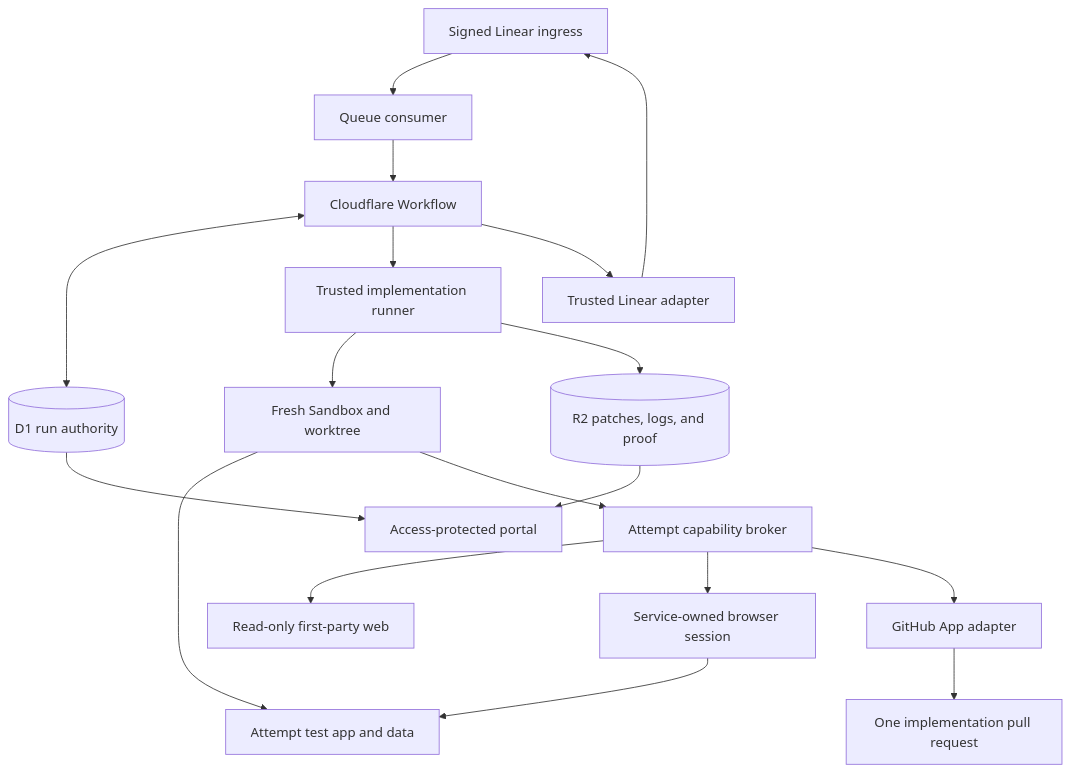
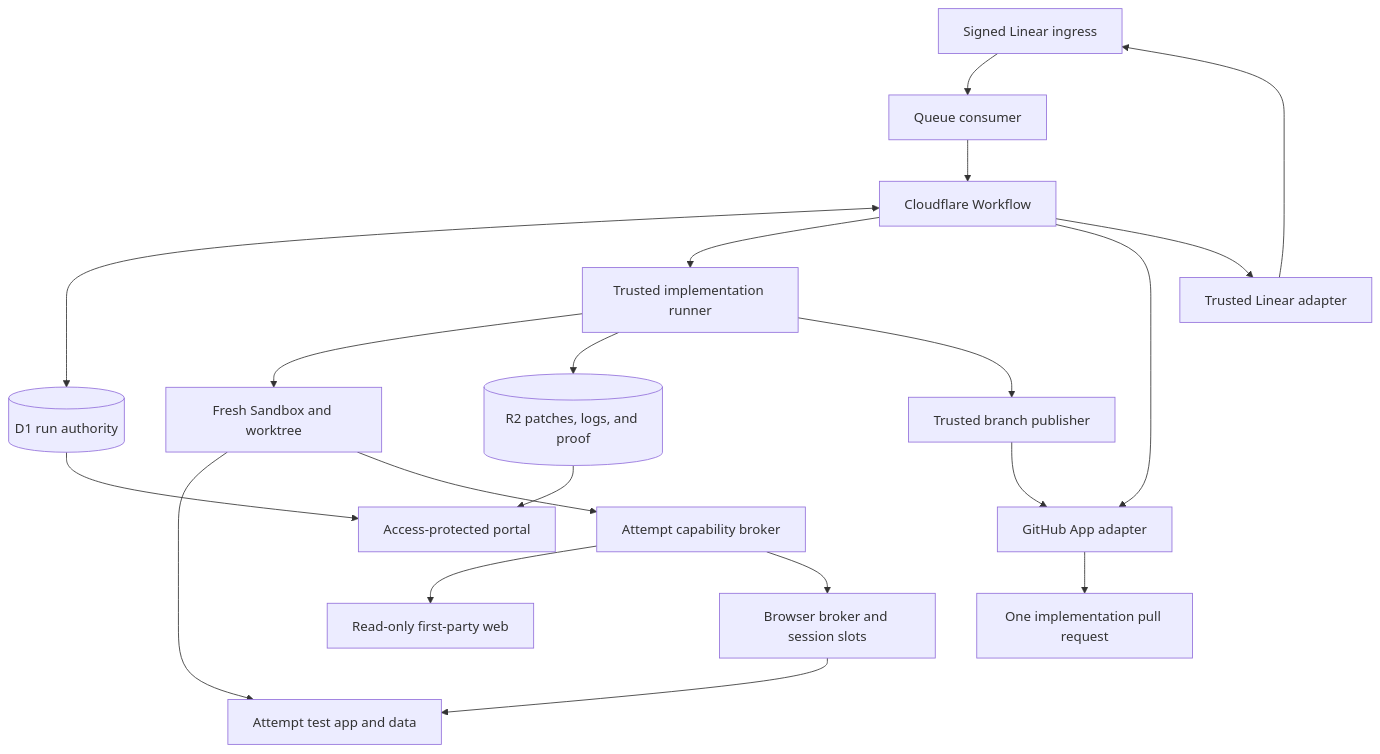
The diagram in openspec/changes/sac-172/design.md (sachinkundu/deos), drawn with Mermaid before and after one commit. The commit also changed other lines of this file, not shown here.

````diff
--- a/openspec/changes/sac-172/design.md
+++ b/openspec/changes/sac-172/design.md
@@ -47,20 +47,22 @@
 ```mermaid
 flowchart TB
     LI[Signed Linear ingress] --> Q[Queue consumer]
     Q --> WF[Cloudflare Workflow]
     WF <--> D1[(D1 run authority)]
     WF --> TR[Trusted implementation runner]
     TR --> SB[Fresh Sandbox and worktree]
     SB --> APP[Attempt test app and data]
     SB --> CAP[Attempt capability broker]
     CAP --> DOC[Read-only first-party web]
-    CAP --> BR[Service-owned browser session]
+    CAP --> BR[Browser broker and session slots]
     BR --> APP
-    CAP --> GH[GitHub App adapter]
     TR --> R2[(R2 patches, logs, and proof)]
+    TR --> BP[Trusted branch publisher]
+    BP --> GH[GitHub App adapter]
+    WF --> GH
     WF --> LR[Trusted Linear adapter]
     LR --> LI
     GH --> PR[One implementation pull request]
     D1 --> PORTAL[Access-protected portal]
     R2 --> PORTAL
 ```
````
